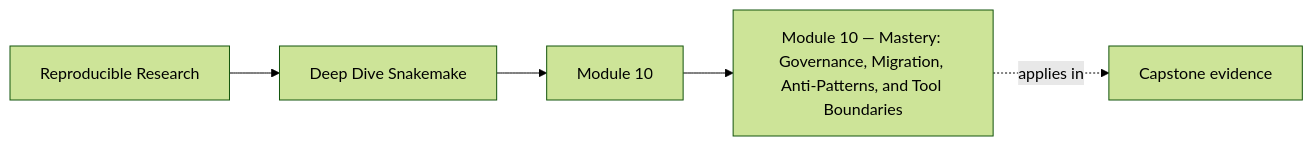
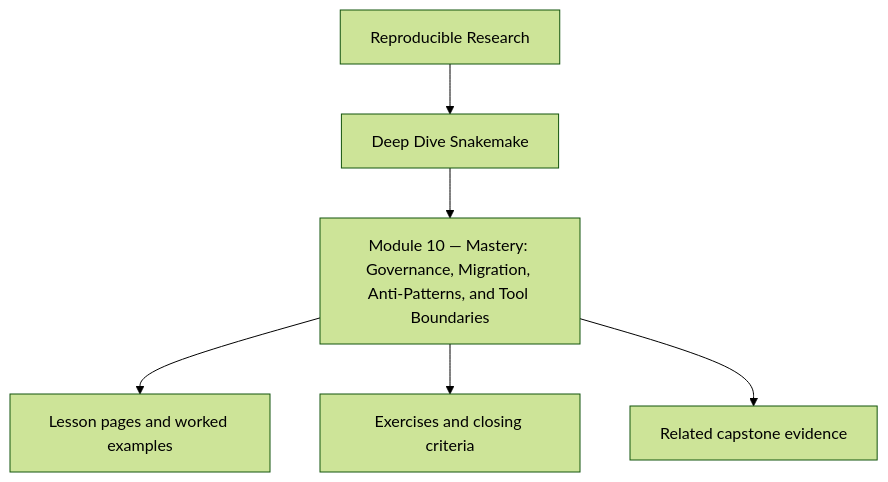
The first of 2 diagrams in programs/reproducible-research/deep-dive-snakemake/course-book/module-10-governance-migration-and-tool-boundaries/index.md (bijux/bijux-masterclass), drawn with Mermaid (forest theme) before and after one commit. The commit also changed other lines of this file and 10 other files, not shown here.

Commit message:
docs(deep-dive-snakemake): reposition module overview diagrams

````diff
--- a/programs/reproducible-research/deep-dive-snakemake/course-book/module-10-governance-migration-and-tool-boundaries/index.md
+++ b/programs/reproducible-research/deep-dive-snakemake/course-book/module-10-governance-migration-and-tool-boundaries/index.md
@@ -9,11 +9,8 @@
 ```mermaid
-graph LR
-  family["Reproducible Research"]
-  program["Deep Dive Snakemake"]
-  section["Module 10"]
-  page["Module 10 — Mastery: Governance, Migration, Anti-Patterns, and Tool Boundaries"]
-  capstone["Capstone evidence"]
-
-  family --> program --> section --> page
-  page -.applies in.-> capstone
+flowchart TD
+  family["Reproducible Research"] --> program["Deep Dive Snakemake"]
+  program --> module["Module 10 — Mastery: Governance, Migration, Anti-Patterns, and Tool Boundaries"]
+  module --> lessons["Lesson pages and worked examples"]
+  module --> checkpoints["Exercises and closing criteria"]
+  module --> capstone["Related capstone evidence"]
 ```
````
